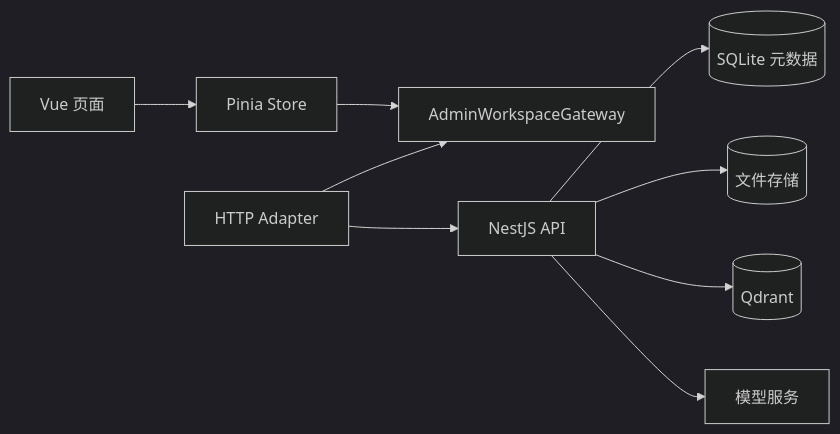
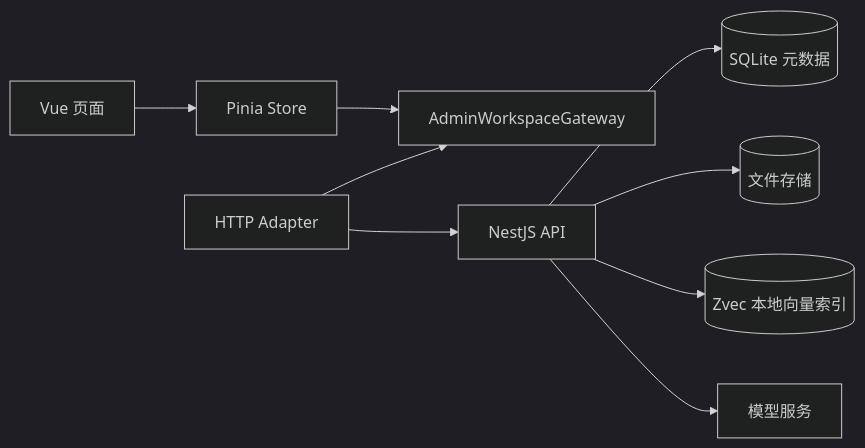
Before and after one commit to yiting001/agent: the diagram in docs/modules/admin-web.md, drawn with Mermaid (dark theme). The commit also changed other lines of this file and 17 other files, not shown here.

````diff
--- a/docs/modules/admin-web.md
+++ b/docs/modules/admin-web.md
@@ -46,11 +46,11 @@
 ```mermaid
 flowchart LR
   View[Vue 页面] --> Store[Pinia Store]
   Store --> Port[AdminWorkspaceGateway]
   Adapter[HTTP Adapter] --> Port
   Adapter --> API[NestJS API]
   API --> SQLite[(SQLite 元数据)]
   API --> Files[(文件存储)]
-  API --> Qdrant[(Qdrant)]
+  API --> Zvec[(Zvec 本地向量索引)]
   API --> Model[模型服务]
 ```
````
